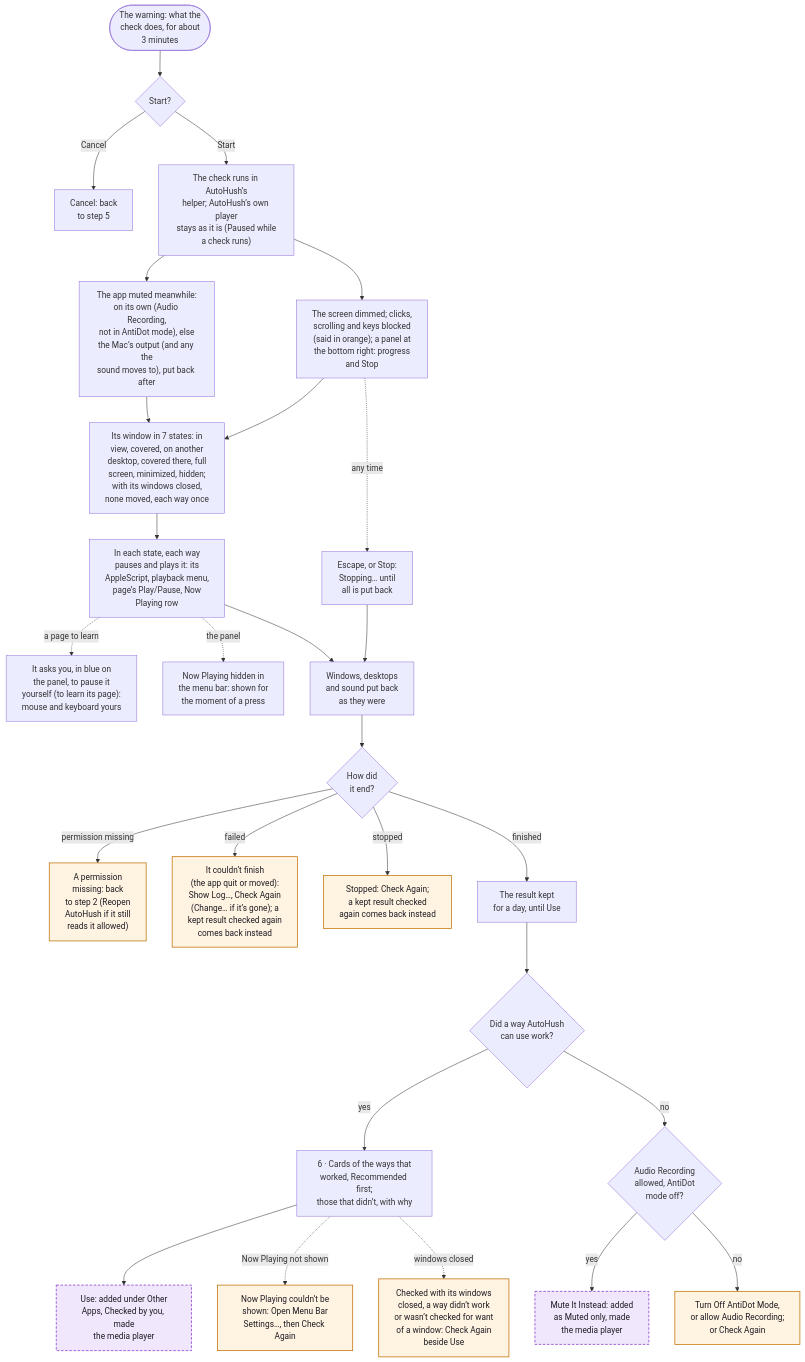
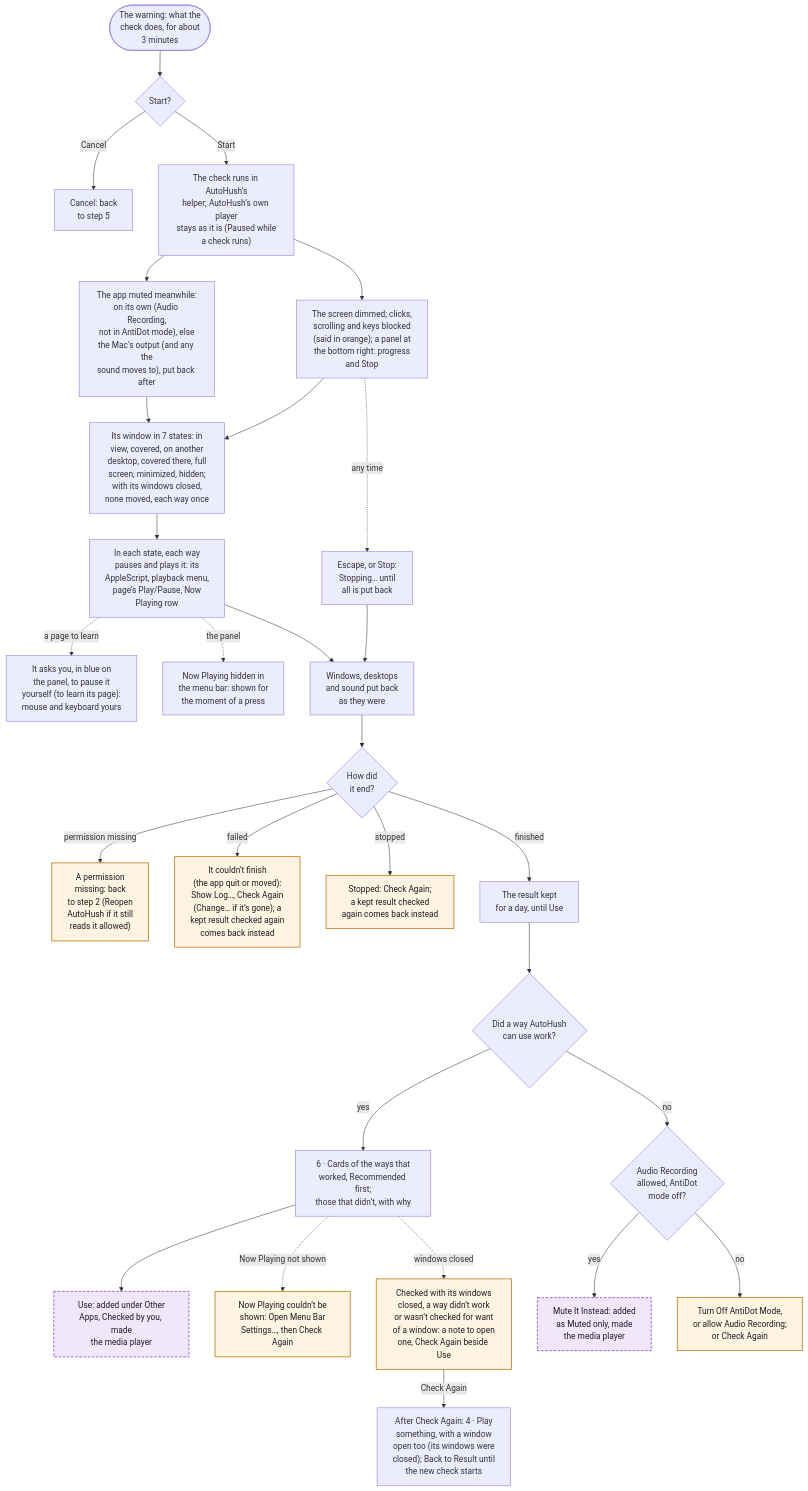
The tenth of 14 diagrams in WORKFLOWS.md (hfustercabre/AutoHush), drawn with Mermaid before and after one commit. The commit also changed 22 other files, not shown here.

First line of the commit message:
fix: Add an App's way back after Check Again, and its wait for a window

````diff
--- a/WORKFLOWS.md
+++ b/WORKFLOWS.md
@@ -542,58 +542,60 @@
 ```mermaid
 flowchart TD
   WARN(["The warning: what the<br/>check does, for about<br/>3 minutes"])
   GO{"Start?"}
   BACK["Cancel: back<br/>to step 5"]
   RUN["The check runs in AutoHush’s<br/>helper; AutoHush’s own player<br/>stays as it is (Paused while<br/>a check runs)"]
   BLOCK["The screen dimmed; clicks,<br/>scrolling and keys blocked<br/>(said in orange); a panel at<br/>the bottom right: progress<br/>and Stop"]
   MUTE["The app muted meanwhile:<br/>on its own (Audio Recording,<br/>not in AntiDot mode), else<br/>the Mac’s output (and any the<br/>sound moves to), put back after"]
   STATES["Its window in 7 states: in<br/>view, covered, on another<br/>desktop, covered there, full<br/>screen, minimized, hidden;<br/>with its windows closed,<br/>none moved, each way once"]
   WAYS["In each state, each way<br/>pauses and plays it: its<br/>AppleScript, playback menu,<br/>page’s Play/Pause, Now<br/>Playing row"]
   ASK["It asks you, in blue on<br/>the panel, to pause it<br/>yourself (to learn its page):<br/>mouse and keyboard yours"]
   SHOW["Now Playing hidden in<br/>the menu bar: shown for<br/>the moment of a press"]
   STOP["Escape, or Stop:<br/>Stopping… until<br/>all is put back"]
   PUT["Windows, desktops<br/>and sound put back<br/>as they were"]
   HOW{"How did<br/>it end?"}
   PERM["A permission<br/>missing: back<br/>to step 2 (Reopen<br/>AutoHush if it still<br/>reads it allowed)"]
   FAIL["It couldn’t finish<br/>(the app quit or moved):<br/>Show Log…, Check Again<br/>(Change… if it’s gone); a<br/>kept result checked again<br/>comes back instead"]
   STOPPED["Stopped: Check Again;<br/>a kept result checked<br/>again comes back instead"]
   KEEP["The result kept<br/>for a day, until Use"]
   ANY{"Did a way AutoHush<br/>can use work?"}
   CARDS["6 · Cards of the ways that<br/>worked, Recommended first;<br/>those that didn’t, with why"]
   USE["Use: added under Other<br/>Apps, Checked by you, made<br/>the media player"]
   NPH["Now Playing couldn’t be<br/>shown: Open Menu Bar<br/>Settings…, then Check Again"]
-  CLW["Checked with its windows<br/>closed, a way didn’t work<br/>or wasn’t checked for want<br/>of a window: Check Again<br/>beside Use"]
+  CLW["Checked with its windows<br/>closed, a way didn’t work<br/>or wasn’t checked for want<br/>of a window: a note to open<br/>one, Check Again beside Use"]
+  AGN["After Check Again: 4 · Play<br/>something, with a window<br/>open too (its windows were<br/>closed); Back to Result until<br/>the new check starts"]
   MUT{"Audio Recording<br/>allowed, AntiDot<br/>mode off?"}
   MII["Mute It Instead: added<br/>as Muted only, made<br/>the media player"]
   ANTI["Turn Off AntiDot Mode,<br/>or allow Audio Recording;<br/>or Check Again"]
 
   WARN --> GO
   GO -->|"Cancel"| BACK
   GO -->|"Start"| RUN
   RUN --> BLOCK
   RUN --> MUTE
   BLOCK --> STATES
   MUTE --> STATES
   STATES --> WAYS
   WAYS -.->|"a page to learn"| ASK
   WAYS -.->|"the panel"| SHOW
   BLOCK -.->|"any time"| STOP
   STOP --> PUT
   WAYS --> PUT
   PUT --> HOW
   HOW -->|"finished"| KEEP --> ANY
   HOW -->|"permission missing"| PERM
   HOW -->|"failed"| FAIL
   HOW -->|"stopped"| STOPPED
   ANY -->|"yes"| CARDS --> USE
   CARDS -.->|"Now Playing not shown"| NPH
   CARDS -.->|"windows closed"| CLW
+  CLW -->|"Check Again"| AGN
   ANY -->|"no"| MUT
   MUT -->|"yes"| MII
   MUT -->|"no"| ANTI
 
   class USE,MII ref
   class FAIL,STOPPED,PERM,NPH,CLW,ANTI warn
   classDef ref fill:#f1e7fc,stroke:#8a3fd1,stroke-width:1.5px,stroke-dasharray: 5 3,color:#1d1b22
   classDef warn fill:#fff3e2,stroke:#c47812,stroke-width:1.5px,color:#1d1b22
 ```
````
